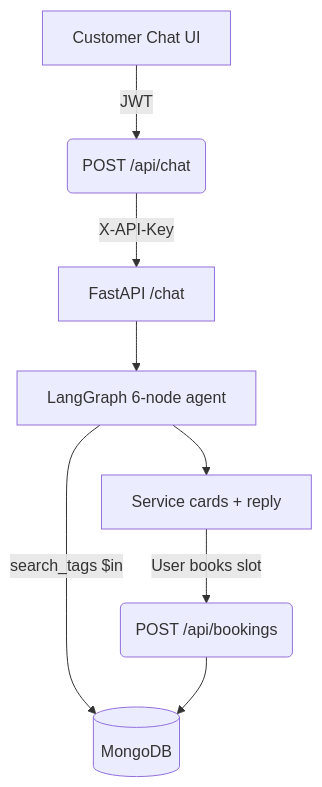
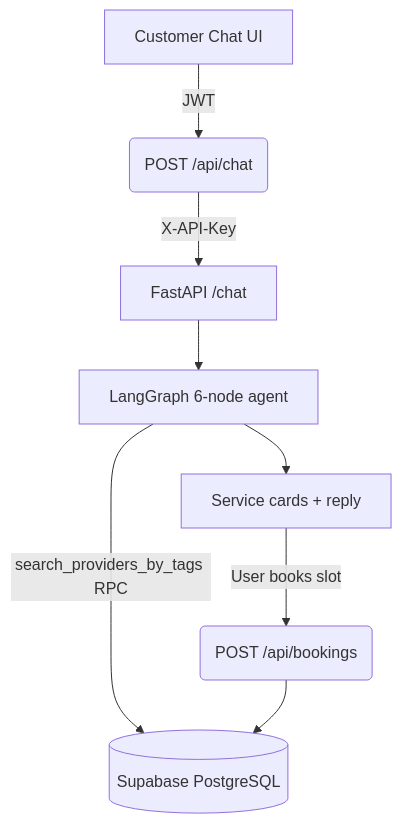
The diagram in README.md (MayukhBanerjee/Scheduler-AI), drawn with Mermaid before and after one commit. The commit also changed other lines of this file and 19 other files, not shown here.

First line of the commit message:
feat(migration): completely replace MongoDB stack with Supabase PostgreSQL across entire frontend and backend

````diff
--- a/README.md
+++ b/README.md
@@ -28,10 +27,10 @@
 ```mermaid
 graph TD;
     A[Customer Chat UI] -->|JWT| B(POST /api/chat);
     B -->|X-API-Key| C[FastAPI /chat];
     C --> D[LangGraph 6-node agent];
-    D -->|search_tags $in| E[(MongoDB)];
+    D -->|search_providers_by_tags RPC| E[(Supabase PostgreSQL)];
     D --> F[Service cards + reply];
     F -->|User books slot| G(POST /api/bookings);
     G --> E;
 ```
````
